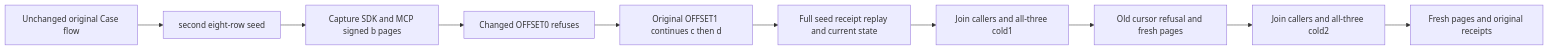
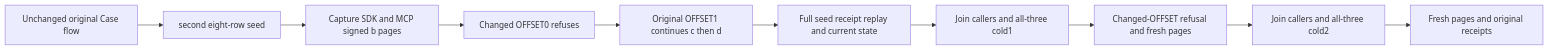
One commit to managedcode/KeyLoad changed the diagram in docs/Features/QueryExecution/SignedCursorRequestIdentity.md. Above: the diagram before and after it, drawn with Mermaid. The commit also changed other lines of this file and 30 other files, not shown here.

````diff
--- a/docs/Features/QueryExecution/SignedCursorRequestIdentity.md
+++ b/docs/Features/QueryExecution/SignedCursorRequestIdentity.md
@@ -20,12 +20,12 @@
 ```mermaid
 flowchart LR
  O[Unchanged original Case flow] --> S[second eight-row seed]
  S --> C[Capture SDK and MCP signed b pages]
  C --> X[Changed OFFSET0 refuses]
  X --> V[Original OFFSET1 continues c then d]
  V --> R[Full seed receipt replay and current state]
  R --> K1[Join callers and all-three cold1]
- K1 --> F1[Old cursor refusal and fresh pages]
+ K1 --> F1[Changed-OFFSET refusal and fresh pages]
  F1 --> K2[Join callers and all-three cold2]
  K2 --> F2[Fresh pages and original receipts]
 ```
````
